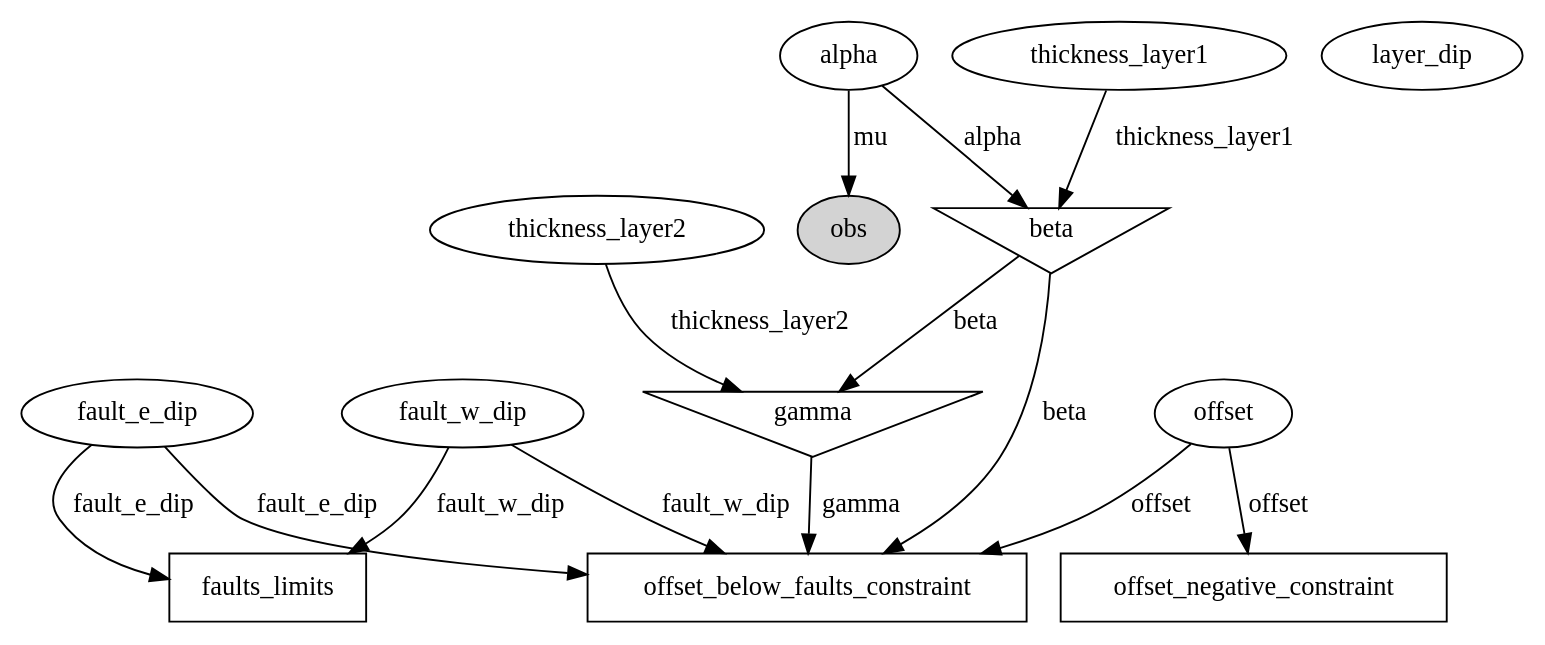
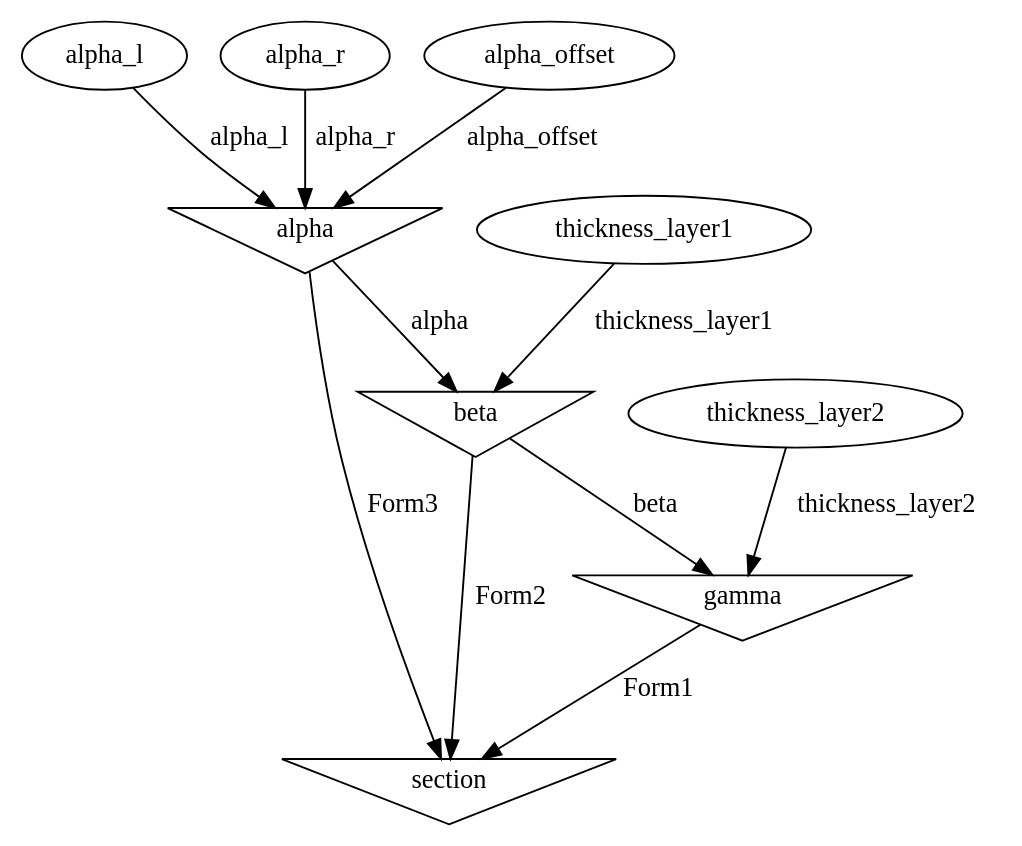
The diagram in MCMC.dot (Leguark/Thesis), drawn with Graphviz before and after one commit. The commit also changed 15 other files, not shown here.

```diff
--- a/MCMC.dot
+++ b/MCMC.dot
@@ -1,28 +1,21 @@
 digraph G {
-faults_limits [shape=box];
-fault_e_dip;
-fault_e_dip -> faults_limits  [label=fault_e_dip];
-fault_w_dip;
-fault_w_dip -> faults_limits  [label=fault_w_dip];
+gamma [shape=invtriangle];
+beta [shape=invtriangle];
+beta -> gamma  [label=beta];
+alpha [shape=invtriangle];
+alpha -> beta  [label=alpha];
+alpha_l;
+alpha_l -> alpha  [label=alpha_l];
+alpha_r;
+alpha_r -> alpha  [label=alpha_r];
+alpha_offset;
+alpha_offset -> alpha  [label=alpha_offset];
 thickness_layer1;
+thickness_layer1 -> beta  [label=thickness_layer1];
 thickness_layer2;
-alpha;
-offset;
-obs [style=filled];
-alpha -> obs  [label=mu];
-beta [shape=invtriangle];
-alpha -> beta  [label=alpha];
-thickness_layer1 -> beta  [label=thickness_layer1];
-gamma [shape=invtriangle];
-beta -> gamma  [label=beta];
 thickness_layer2 -> gamma  [label=thickness_layer2];
-offset_negative_constraint [shape=box];
-offset -> offset_negative_constraint  [label=offset];
-offset_below_faults_constraint [shape=box];
-fault_e_dip -> offset_below_faults_constraint  [label=fault_e_dip];
-beta -> offset_below_faults_constraint  [label=beta];
-fault_w_dip -> offset_below_faults_constraint  [label=fault_w_dip];
-gamma -> offset_below_faults_constraint  [label=gamma];
-offset -> offset_below_faults_constraint  [label=offset];
-layer_dip;
+section [shape=invtriangle];
+alpha -> section  [label=Form3];
+beta -> section  [label=Form2];
+gamma -> section  [label=Form1];
 }
```
